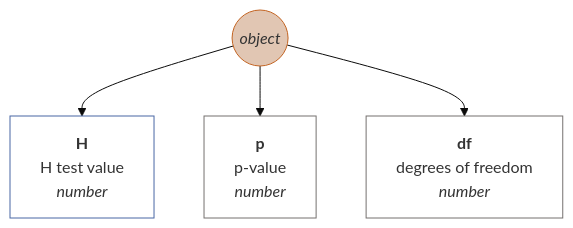
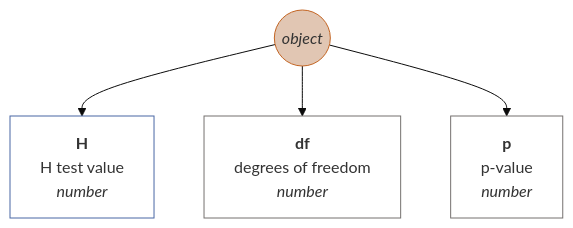
Before and after one commit to muzikp/retusa: diagram 42 of 45 in docs/en-GB.md, drawn with Mermaid (base theme). The commit also changed other lines of this file and 4 other files, not shown here.

````diff
--- a/docs/en-GB.md
+++ b/docs/en-GB.md
@@ -1735,16 +1735,16 @@
 ```mermaid
 graph TD
 kwanova((<i>object</i>))
 style kwanova fill:#E1C6B3;
 style kwanova stroke:#C36422;
 kwanova --> H[<b>H</b><br>H test value <br><i>number</i>]
 style H fill:#FFFFFF;
 style H stroke:#4967A4;
+kwanova --> df[<b>df</b><br>degrees of freedom <br><i>number</i>]
+style df fill:#FFFFFF;
+style df stroke:#75716F;
 kwanova --> p[<b>p</b><br>p-value <br><i>number</i>]
 style p fill:#FFFFFF;
 style p stroke:#75716F;
-kwanova --> df[<b>df</b><br>degrees of freedom <br><i>number</i>]
-style df fill:#FFFFFF;
-style df stroke:#75716F;
 
 ```
````
